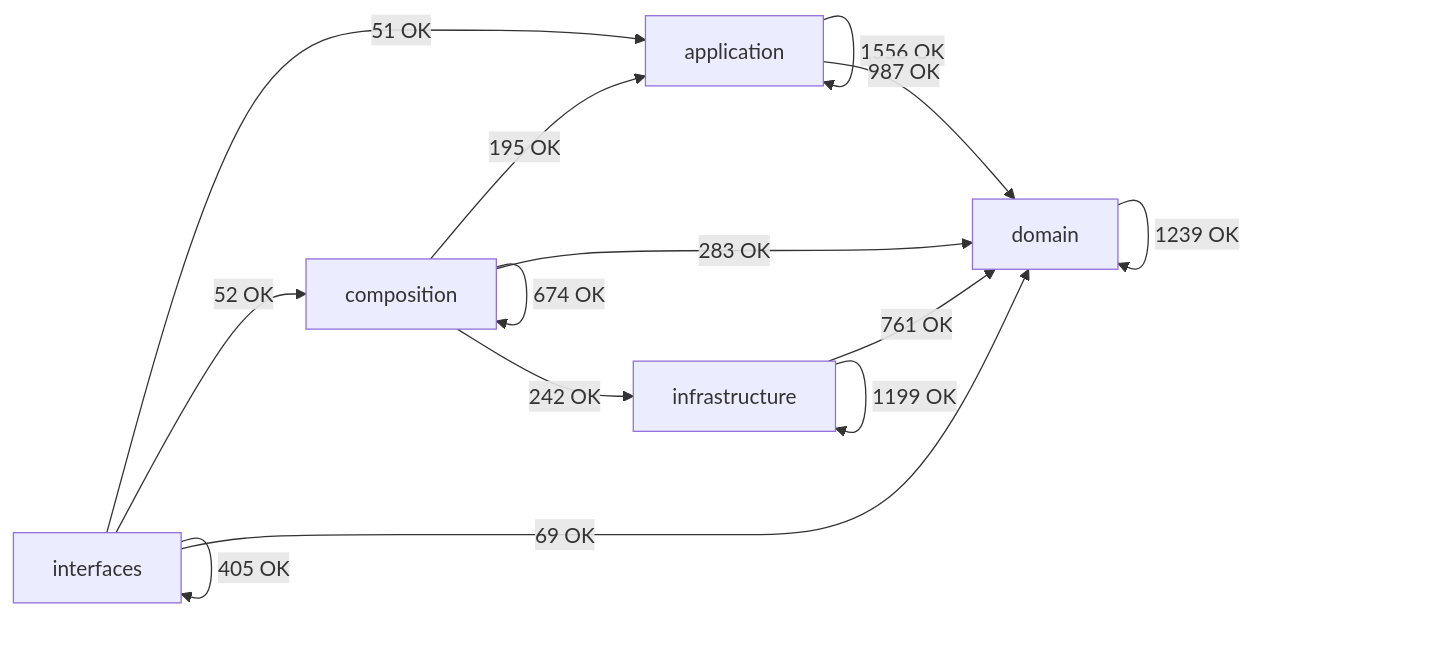
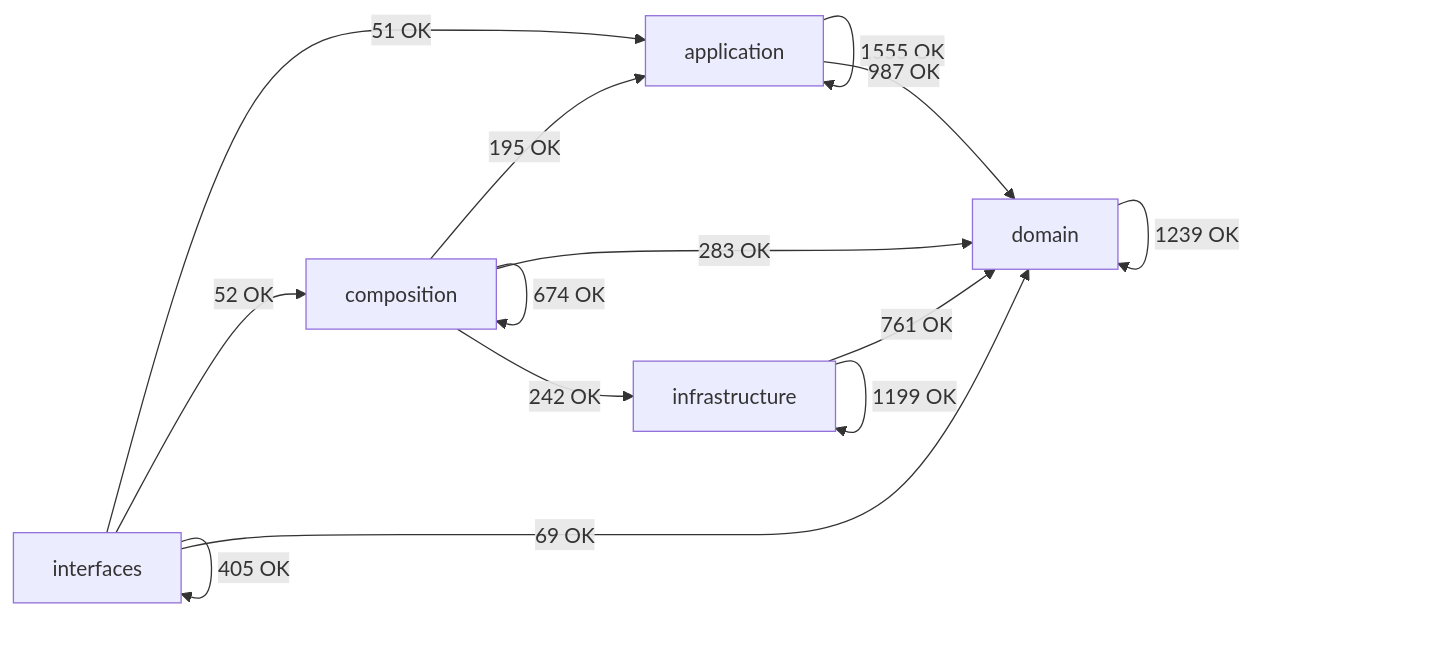
Before and after one commit to SatoryKono/BioactivityDataAcquisition: the diagram in docs/02-architecture/generated/module-dependency-map.md, drawn with Mermaid. The commit also changed other lines of this file and 4 other files, not shown here.

````diff
--- a/docs/02-architecture/generated/module-dependency-map.md
+++ b/docs/02-architecture/generated/module-dependency-map.md
@@ -17,21 +17,21 @@
 ```mermaid
 flowchart LR
     domain[domain]
     application[application]
     infrastructure[infrastructure]
     composition[composition]
     interfaces[interfaces]
-    application -->|1556 OK| application
+    application -->|1555 OK| application
     application -->|987 OK| domain
     composition -->|195 OK| application
     composition -->|674 OK| composition
     composition -->|283 OK| domain
     composition -->|242 OK| infrastructure
     domain -->|1239 OK| domain
     infrastructure -->|761 OK| domain
     infrastructure -->|1199 OK| infrastructure
     interfaces -->|51 OK| application
     interfaces -->|52 OK| composition
     interfaces -->|69 OK| domain
     interfaces -->|405 OK| interfaces
 ```
````
